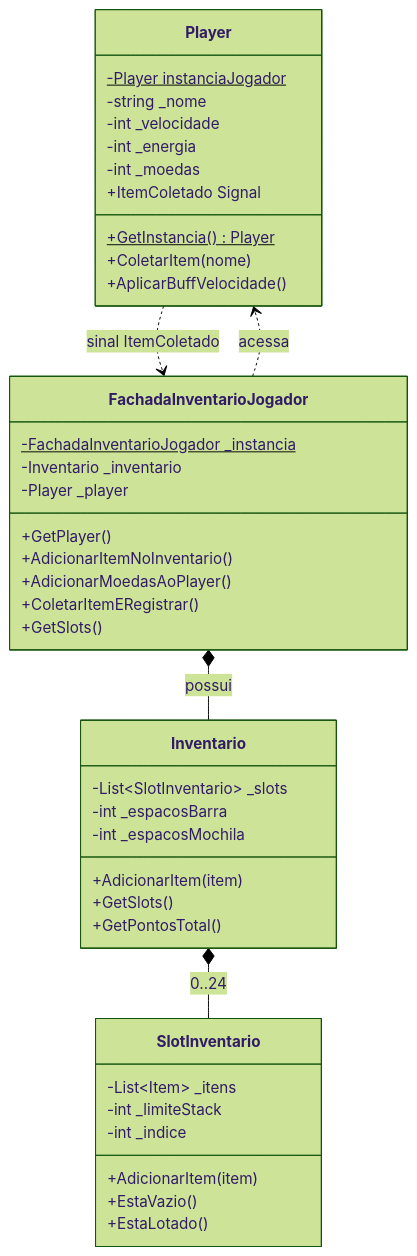
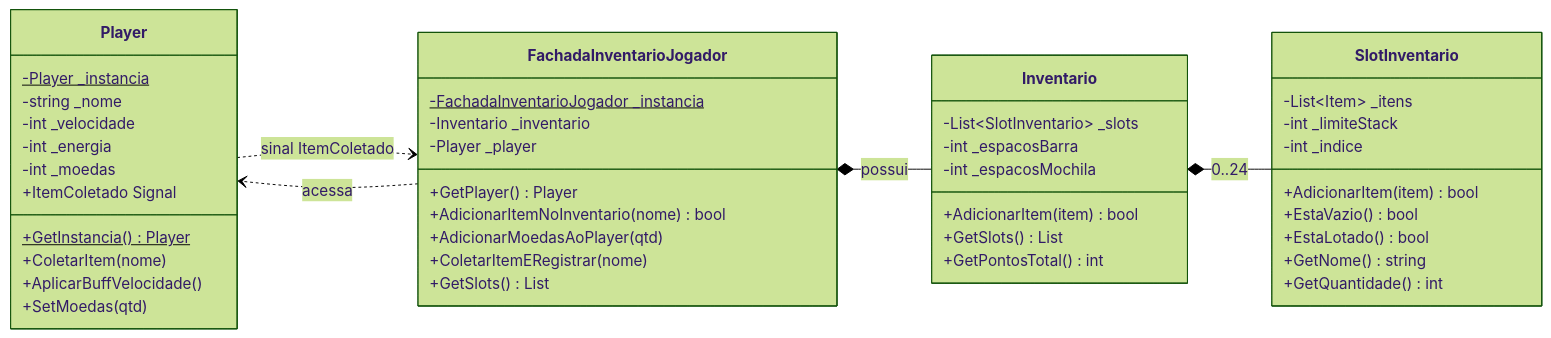
The sixth of 11 diagrams in docs/ArquiteturaReutilizacao/4.1.DAS.md (UnBArqDsw2026-1-Turma01/2026.1-T01-_G1_EcoGame_Entrega_04), drawn with Mermaid (forest theme) before and after one commit. The commit also changed other lines of this file, not shown here.

````diff
--- a/docs/ArquiteturaReutilizacao/4.1.DAS.md
+++ b/docs/ArquiteturaReutilizacao/4.1.DAS.md
@@ -189,48 +366,53 @@
 ```mermaid
 classDiagram
+    direction LR
+
     class Player {
-        -Player instanciaJogador$
+        -Player _instancia$
         -string _nome
         -int _velocidade
         -int _energia
         -int _moedas
         +GetInstancia()$ Player
         +ColetarItem(nome)
         +AplicarBuffVelocidade()
+        +SetMoedas(qtd)
         +ItemColetado Signal
     }
 
     class FachadaInventarioJogador {
         -FachadaInventarioJogador _instancia$
         -Inventario _inventario
         -Player _player
-        +GetPlayer()
-        +AdicionarItemNoInventario()
-        +AdicionarMoedasAoPlayer()
-        +ColetarItemERegistrar()
-        +GetSlots()
+        +GetPlayer() Player
+        +AdicionarItemNoInventario(nome) bool
+        +AdicionarMoedasAoPlayer(qtd)
+        +ColetarItemERegistrar(nome)
+        +GetSlots() List
     }
 
     class Inventario {
         -List~SlotInventario~ _slots
         -int _espacosBarra
         -int _espacosMochila
-        +AdicionarItem(item)
-        +GetSlots()
-        +GetPontosTotal()
+        +AdicionarItem(item) bool
+        +GetSlots() List
+        +GetPontosTotal() int
     }
 
     class SlotInventario {
         -List~Item~ _itens
         -int _limiteStack
         -int _indice
-        +AdicionarItem(item)
-        +EstaVazio()
-        +EstaLotado()
+        +AdicionarItem(item) bool
+        +EstaVazio() bool
+        +EstaLotado() bool
+        +GetNome() string
+        +GetQuantidade() int
     }
 
     FachadaInventarioJogador ..> Player : acessa
     Player ..> FachadaInventarioJogador : sinal ItemColetado
     FachadaInventarioJogador *-- Inventario : possui
     Inventario *-- SlotInventario : 0..24
 ```
````
